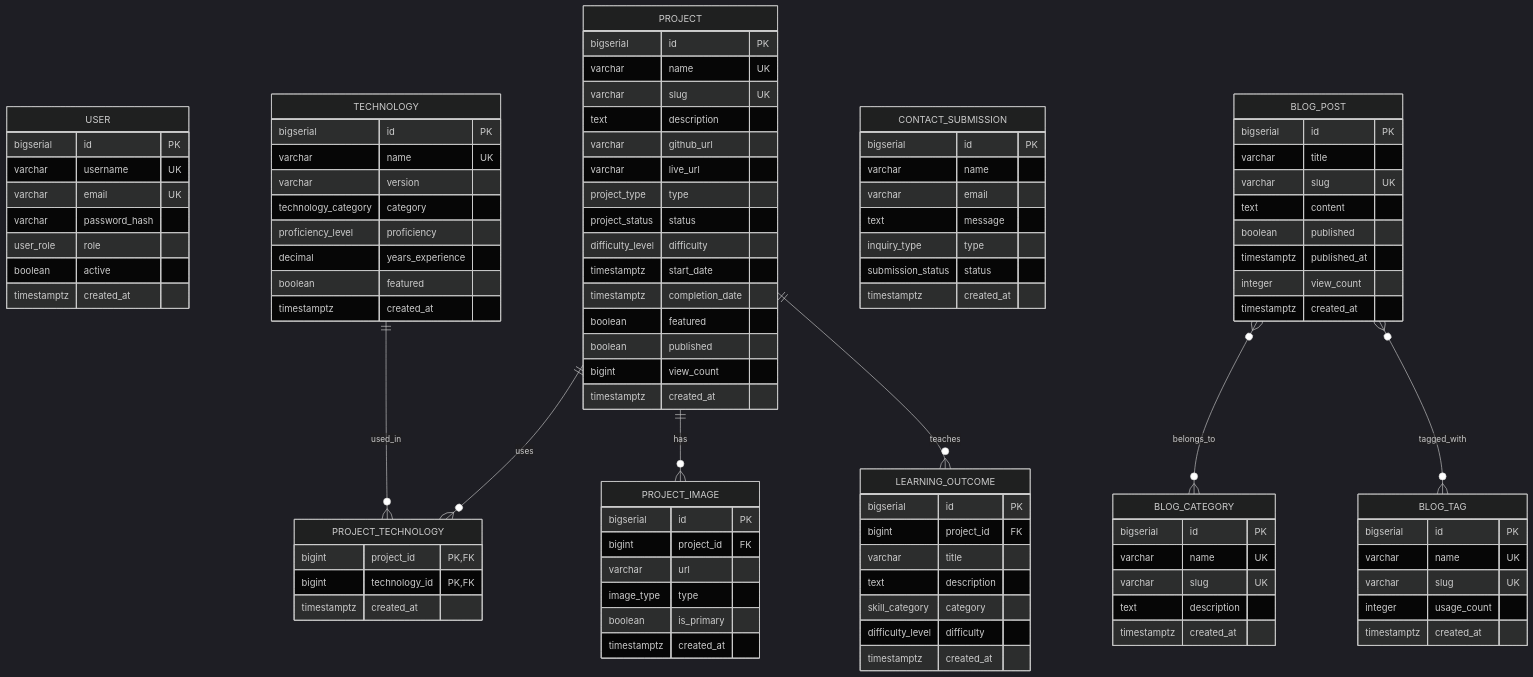
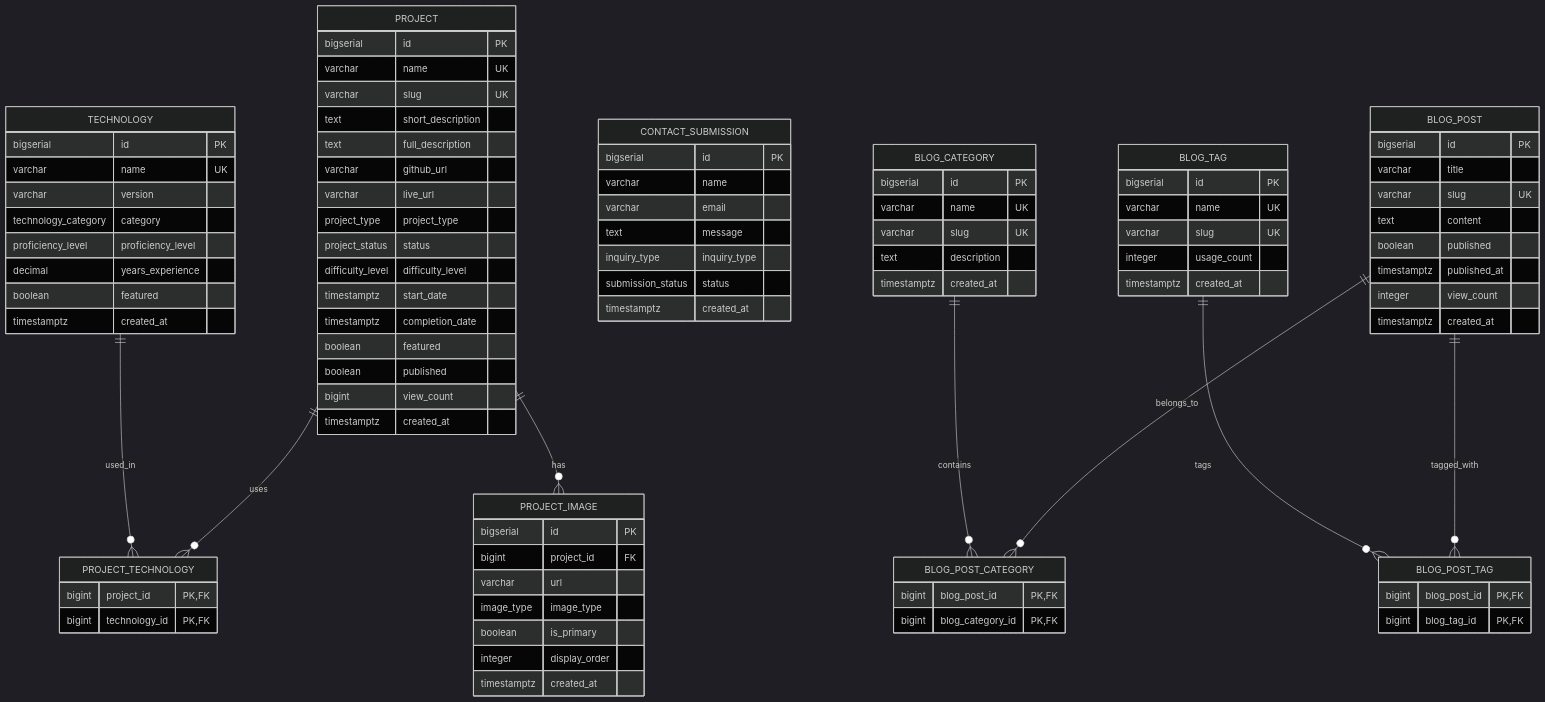
The sixth of 10 diagrams in docs/architecture/DIAGRAMS.md (caseythecoder90/personal-website-backend), drawn with Mermaid (dark theme) before and after one commit. The commit also changed other lines of this file and 22 other files, not shown here.

````diff
--- a/docs/architecture/DIAGRAMS.md
+++ b/docs/architecture/DIAGRAMS.md
@@ -287,25 +227,16 @@
 ```mermaid
 erDiagram
-    USER {
-        bigserial id PK
-        varchar username UK
-        varchar email UK
-        varchar password_hash
-        user_role role
-        boolean active
-        timestamptz created_at
-    }
-    
     PROJECT {
         bigserial id PK
         varchar name UK
         varchar slug UK
-        text description
+        text short_description
+        text full_description
         varchar github_url
         varchar live_url
-        project_type type
+        project_type project_type
         project_status status
-        difficulty_level difficulty
+        difficulty_level difficulty_level
         timestamptz start_date
         timestamptz completion_date
         boolean featured
@@ -313,53 +244,43 @@
         bigint view_count
         timestamptz created_at
     }
-    
+
     TECHNOLOGY {
         bigserial id PK
         varchar name UK
         varchar version
         technology_category category
-        proficiency_level proficiency
+        proficiency_level proficiency_level
         decimal years_experience
         boolean featured
         timestamptz created_at
     }
-    
+
     PROJECT_TECHNOLOGY {
         bigint project_id PK,FK
         bigint technology_id PK,FK
-        timestamptz created_at
     }
-    
+
     PROJECT_IMAGE {
         bigserial id PK
         bigint project_id FK
         varchar url
-        image_type type
+        image_type image_type
         boolean is_primary
+        integer display_order
         timestamptz created_at
     }
-    
-    LEARNING_OUTCOME {
-        bigserial id PK
-        bigint project_id FK
-        varchar title
-        text description
-        skill_category category
-        difficulty_level difficulty
-        timestamptz created_at
-    }
-    
+
     CONTACT_SUBMISSION {
         bigserial id PK
         varchar name
         varchar email
         text message
-        inquiry_type type
+        inquiry_type inquiry_type
         submission_status status
         timestamptz created_at
     }
-    
+
     BLOG_POST {
         bigserial id PK
         varchar title
@@ -370,7 +291,7 @@
         integer view_count
         timestamptz created_at
     }
-    
+
     BLOG_CATEGORY {
         bigserial id PK
         varchar name UK
@@ -378,7 +299,7 @@
         text description
         timestamptz created_at
     }
-    
+
     BLOG_TAG {
         bigserial id PK
         varchar name UK
@@ -386,11 +307,22 @@
         integer usage_count
         timestamptz created_at
     }
-    
+
+    BLOG_POST_CATEGORY {
+        bigint blog_post_id PK,FK
+        bigint blog_category_id PK,FK
+    }
+
+    BLOG_POST_TAG {
+        bigint blog_post_id PK,FK
+        bigint blog_tag_id PK,FK
+    }
+
     PROJECT ||--o{ PROJECT_TECHNOLOGY : "uses"
     TECHNOLOGY ||--o{ PROJECT_TECHNOLOGY : "used_in"
     PROJECT ||--o{ PROJECT_IMAGE : "has"
-    PROJECT ||--o{ LEARNING_OUTCOME : "teaches"
-    BLOG_POST }o--o{ BLOG_CATEGORY : "belongs_to"
-    BLOG_POST }o--o{ BLOG_TAG : "tagged_with"
+    BLOG_POST ||--o{ BLOG_POST_CATEGORY : "belongs_to"
+    BLOG_CATEGORY ||--o{ BLOG_POST_CATEGORY : "contains"
+    BLOG_POST ||--o{ BLOG_POST_TAG : "tagged_with"
+    BLOG_TAG ||--o{ BLOG_POST_TAG : "tags"
 ```
````
